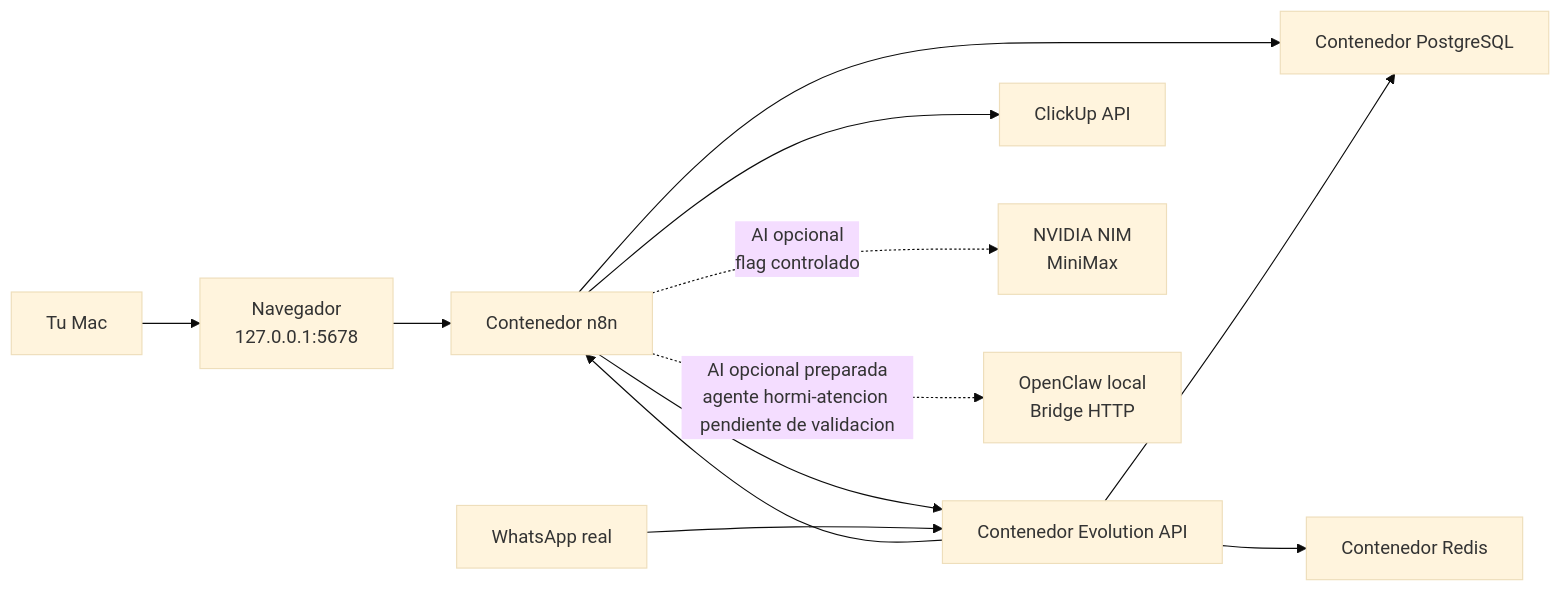
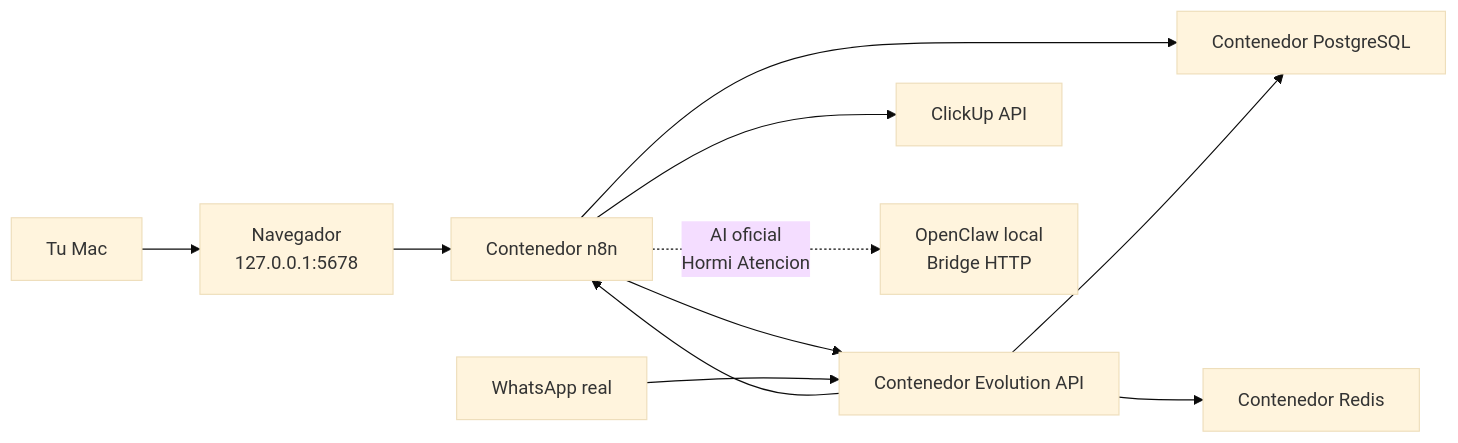
The diagram in docs/arquitectura.md (juanpablovM/Automatizacion-WhatsApp), drawn with Mermaid (base theme) before and after one commit. The commit also changed other lines of this file and 18 other files, not shown here.

Commit message:
Set OpenClaw as default AI agent

````diff
--- a/docs/arquitectura.md
+++ b/docs/arquitectura.md
@@ -34,14 +33,13 @@
 ```mermaid
 flowchart LR
     User["Tu Mac"] --> Browser["Navegador<br/>127.0.0.1:5678"]
     Browser --> N8N["Contenedor n8n"]
     N8N --> PG["Contenedor PostgreSQL"]
     N8N --> EVO["Contenedor Evolution API"]
     EVO --> REDIS["Contenedor Redis"]
     EVO --> PG
     N8N --> CU["ClickUp API"]
-    N8N -.->|AI opcional<br/>flag controlado| AI["NVIDIA NIM<br/>MiniMax"]
-    N8N -.->|AI opcional preparada<br/>agente hormi-atencion pendiente de validacion| OC["OpenClaw local<br/>Bridge HTTP"]
+    N8N -.->|AI oficial<br/>Hormi Atencion| OC["OpenClaw local<br/>Bridge HTTP"]
     WA["WhatsApp real"] --> EVO
     EVO --> N8N
 ```
````
